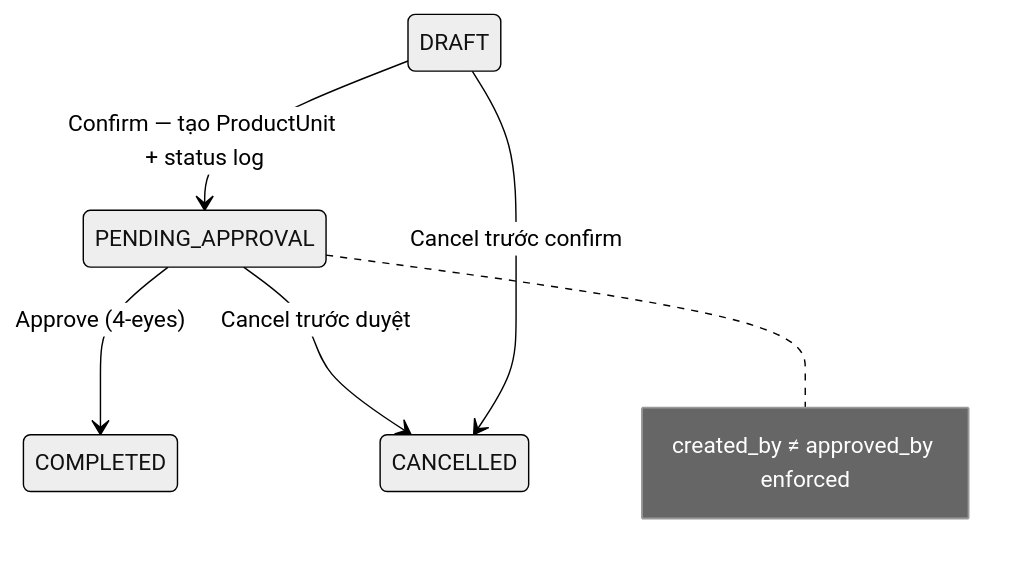
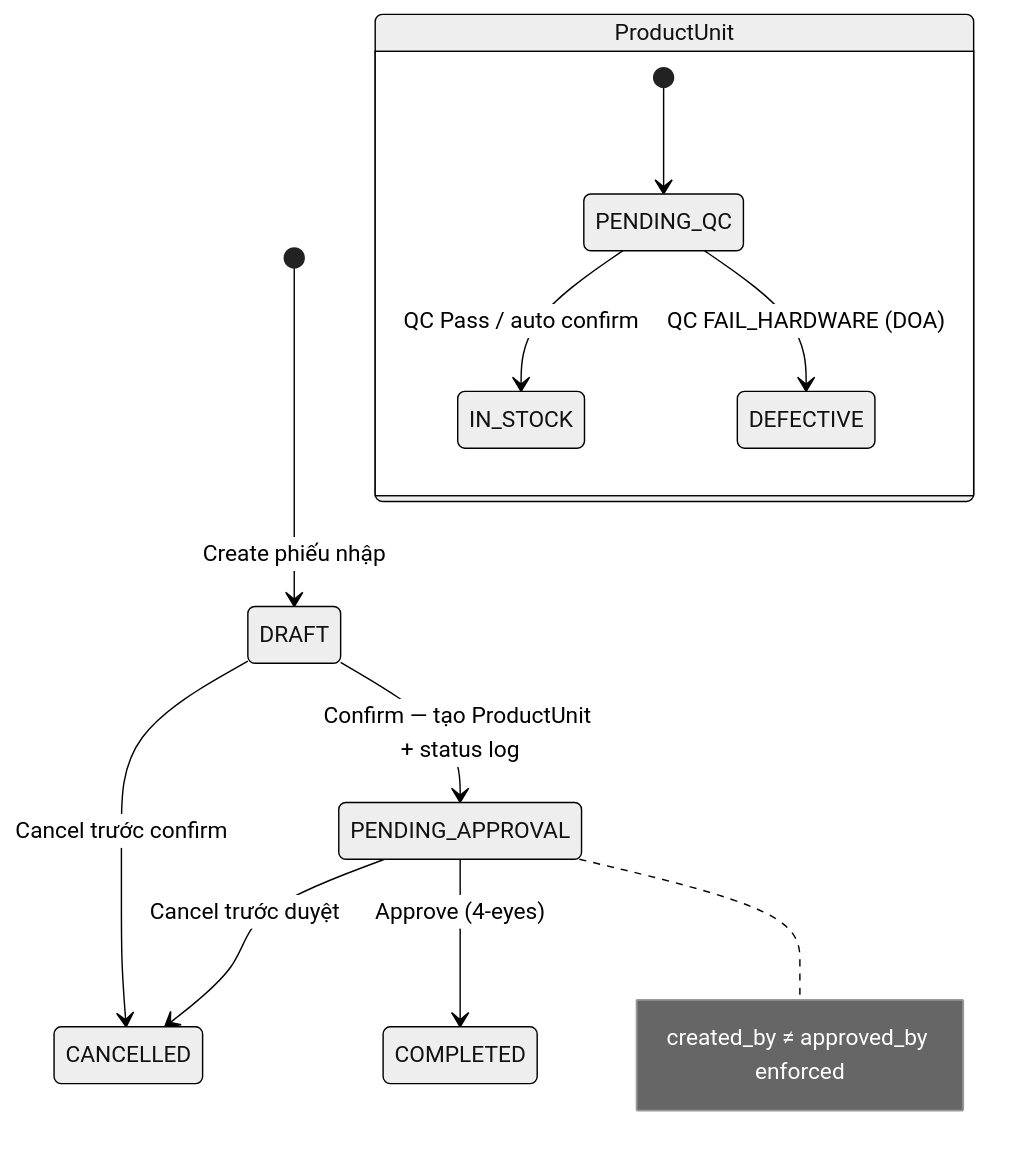
One commit to Java-Inventory-Management-System/Projects changed the first of 2 diagrams in docs/flows/be/01-import-flow.md. Above: the diagram before and after it, drawn with Mermaid (neutral theme). The commit also changed other lines of this file and 7 other files, not shown here.

Commit message:
docs: reorganise BE state diagrams — add [*] start/end, fix warranty lifecycle, composite layout

````diff
--- a/docs/flows/be/01-import-flow.md
+++ b/docs/flows/be/01-import-flow.md
@@ -43,9 +43,17 @@
 ```mermaid
 stateDiagram-v2
+    [*] --> DRAFT : Create phiếu nhập
+
     DRAFT --> PENDING_APPROVAL : Confirm — tạo ProductUnit + status log
+    DRAFT --> CANCELLED : Cancel trước confirm
     PENDING_APPROVAL --> COMPLETED : Approve (4-eyes)
     PENDING_APPROVAL --> CANCELLED : Cancel trước duyệt
-    DRAFT --> CANCELLED : Cancel trước confirm
 
     note right of PENDING_APPROVAL : created_by ≠ approved_by enforced
+
+    state "ProductUnit" as PU {
+        [*] --> PENDING_QC
+        PENDING_QC --> IN_STOCK : QC Pass / auto confirm
+        PENDING_QC --> DEFECTIVE : QC FAIL_HARDWARE (DOA)
+    }
 ```
````
